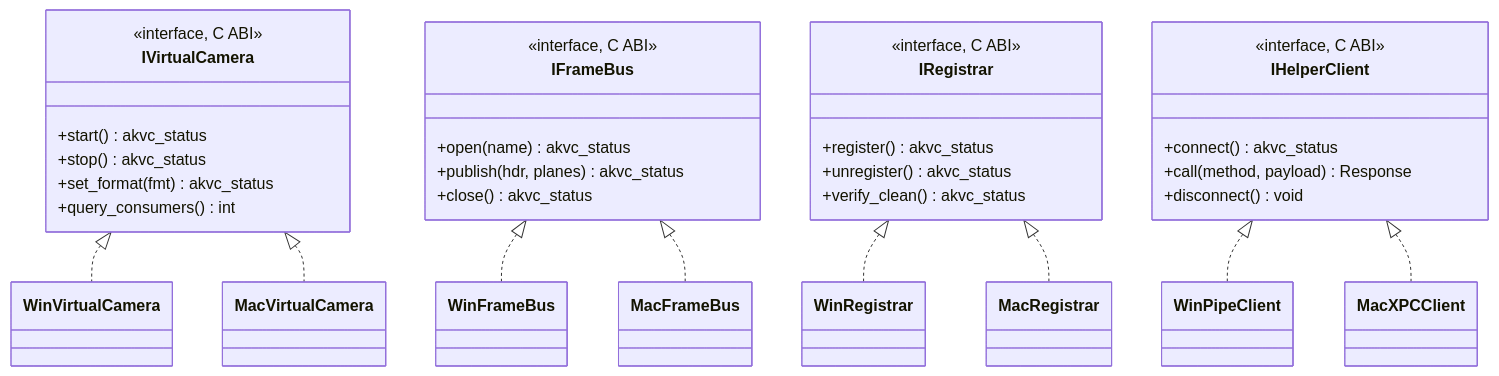
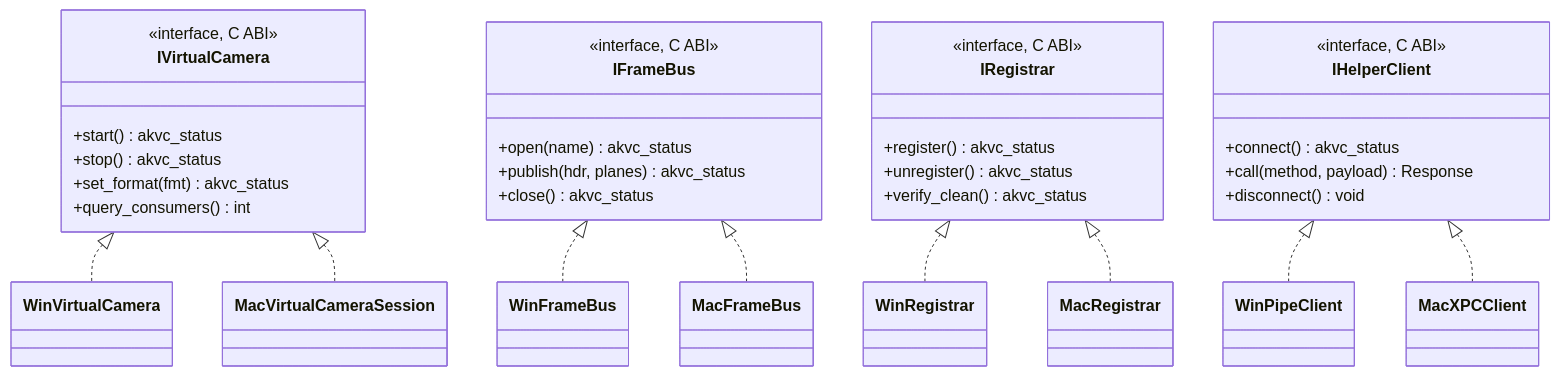
The seventh of 15 diagrams in docs/phase1/class-diagram.md (Henxun/virtual-camera), drawn with Mermaid before and after one commit. The commit also changed 27 other files, not shown here.

First line of the commit message:
docs(macOS): align compatibility surfaces with native architecture

````diff
--- a/docs/phase1/class-diagram.md
+++ b/docs/phase1/class-diagram.md
@@ -453,49 +453,49 @@
 ```mermaid
 classDiagram
     class IVirtualCamera {
       <<interface, C ABI>>
       +start() akvc_status
       +stop() akvc_status
       +set_format(fmt) akvc_status
       +query_consumers() int
     }
 
     class IFrameBus {
       <<interface, C ABI>>
       +open(name) akvc_status
       +publish(hdr, planes) akvc_status
       +close() akvc_status
     }
 
     class IRegistrar {
       <<interface, C ABI>>
       +register() akvc_status
       +unregister() akvc_status
       +verify_clean() akvc_status
     }
 
     class IHelperClient {
       <<interface, C ABI>>
       +connect() akvc_status
       +call(method, payload) Response
       +disconnect() void
     }
 
     class WinVirtualCamera
-    class MacVirtualCamera
+    class MacVirtualCameraSession
     class WinFrameBus
     class MacFrameBus
     class WinRegistrar
     class MacRegistrar
     class WinPipeClient
     class MacXPCClient
 
     IVirtualCamera <|.. WinVirtualCamera
-    IVirtualCamera <|.. MacVirtualCamera
+    IVirtualCamera <|.. MacVirtualCameraSession
     IFrameBus      <|.. WinFrameBus
     IFrameBus      <|.. MacFrameBus
     IRegistrar     <|.. WinRegistrar
     IRegistrar     <|.. MacRegistrar
     IHelperClient  <|.. WinPipeClient
     IHelperClient  <|.. MacXPCClient
 ```
````
